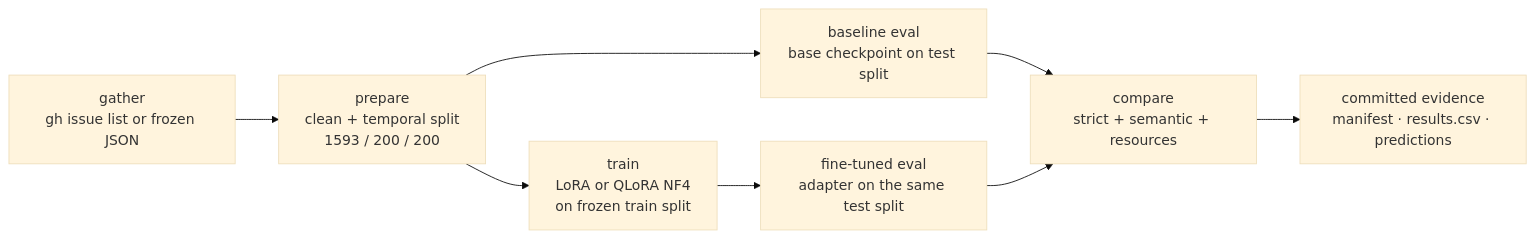
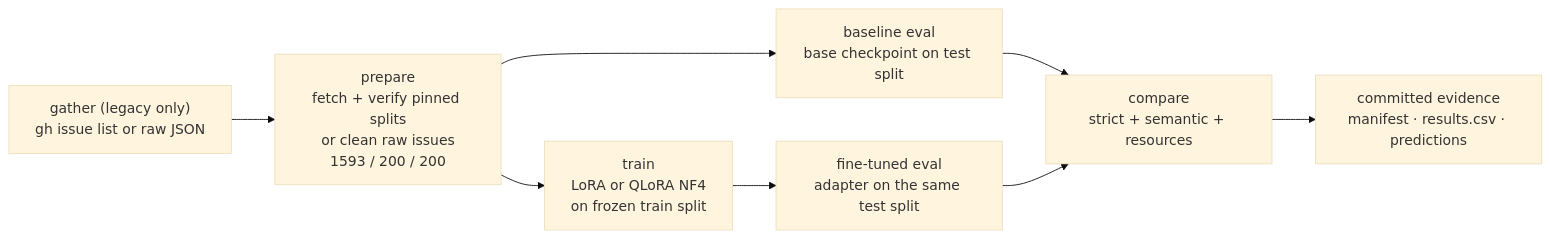
The diagram in README.md (RayhanHaqi/github-triage-slm-benchmark), drawn with Mermaid (base theme) before and after one commit. The commit also changed other lines of this file and 16 other files, not shown here.

````diff
--- a/README.md
+++ b/README.md
@@ -86,10 +87,10 @@
 ```mermaid
 flowchart LR
-    A["gather<br/>gh issue list or frozen JSON"] --> B["prepare<br/>clean + temporal split<br/>1593 / 200 / 200"]
+    A["gather (legacy only)<br/>gh issue list or raw JSON"] --> B["prepare<br/>fetch + verify pinned splits<br/>or clean raw issues<br/>1593 / 200 / 200"]
     B --> C["baseline eval<br/>base checkpoint on test split"]
     B --> D["train<br/>LoRA or QLoRA NF4<br/>on frozen train split"]
     D --> E["fine-tuned eval<br/>adapter on the same test split"]
     C --> F["compare<br/>strict + semantic + resources"]
     E --> F
     F --> G["committed evidence<br/>manifest · results.csv · predictions"]
 ```
````
